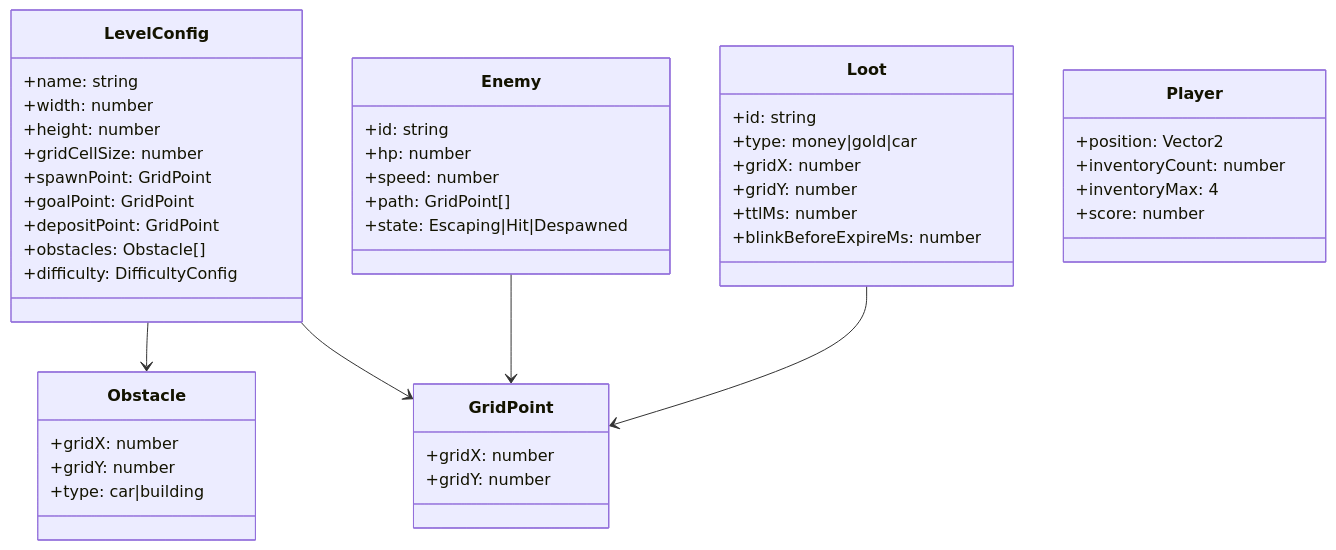
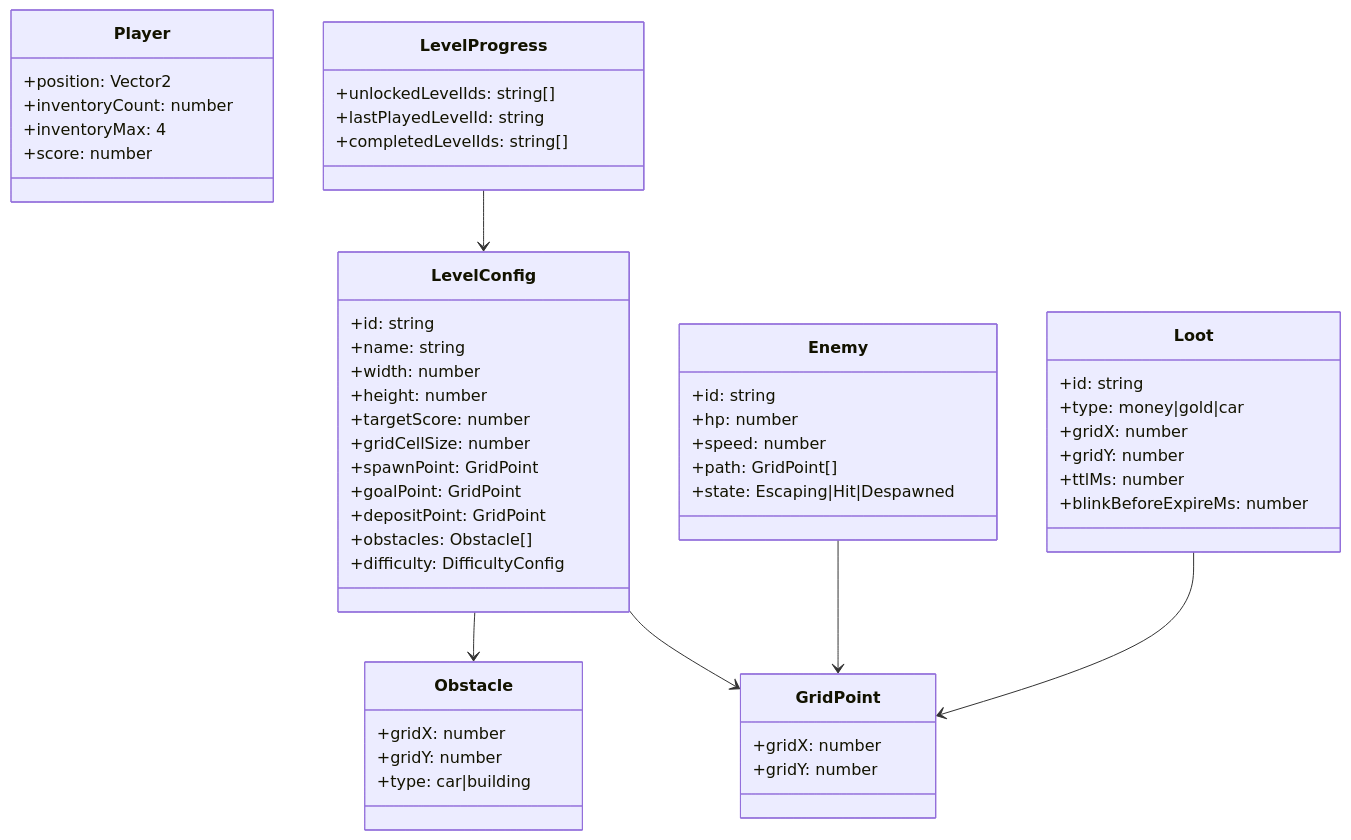
One commit to szakyster/HeroOfNVVH changed the seventh of 8 diagrams in docs/Architecture.md. Above: the diagram before and after it, drawn with Mermaid. The commit also changed other lines of this file and 7 other files, not shown here.

````diff
--- a/docs/Architecture.md
+++ b/docs/Architecture.md
@@ -266,54 +283,63 @@
 ```mermaid
 classDiagram
     class LevelConfig {
+      +id: string
       +name: string
       +width: number
       +height: number
+      +targetScore: number
       +gridCellSize: number
       +spawnPoint: GridPoint
       +goalPoint: GridPoint
       +depositPoint: GridPoint
       +obstacles: Obstacle[]
       +difficulty: DifficultyConfig
     }
 
     class GridPoint {
       +gridX: number
       +gridY: number
     }
 
     class Obstacle {
       +gridX: number
       +gridY: number
       +type: car|building
     }
 
     class Enemy {
       +id: string
       +hp: number
       +speed: number
       +path: GridPoint[]
       +state: Escaping|Hit|Despawned
     }
 
     class Loot {
       +id: string
       +type: money|gold|car
       +gridX: number
       +gridY: number
       +ttlMs: number
       +blinkBeforeExpireMs: number
     }
 
     class Player {
       +position: Vector2
       +inventoryCount: number
       +inventoryMax: 4
       +score: number
     }
 
+    class LevelProgress {
+      +unlockedLevelIds: string[]
+      +lastPlayedLevelId: string
+      +completedLevelIds: string[]
+    }
+
     LevelConfig --> Obstacle
     LevelConfig --> GridPoint
     Enemy --> GridPoint
     Loot --> GridPoint
+    LevelProgress --> LevelConfig
 ```
````
